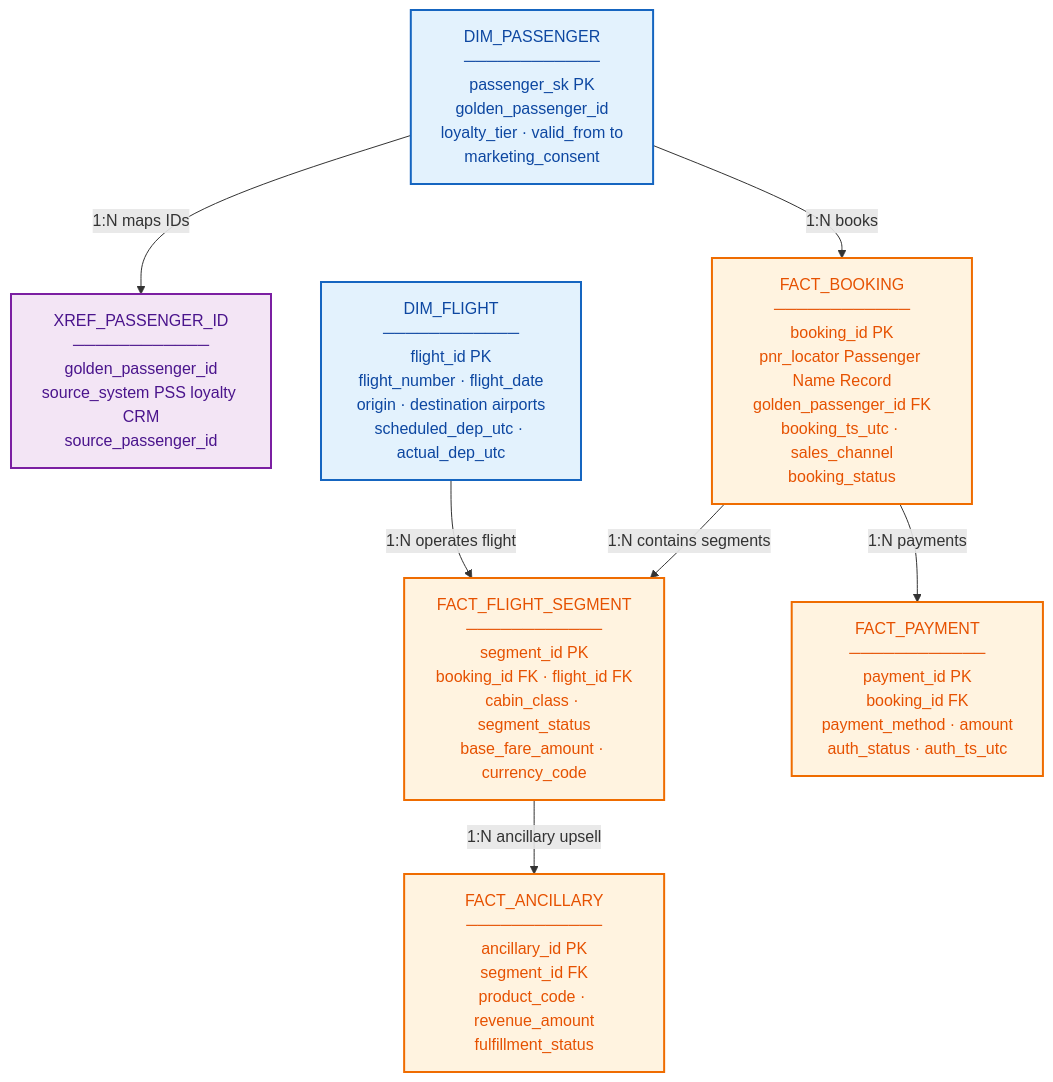
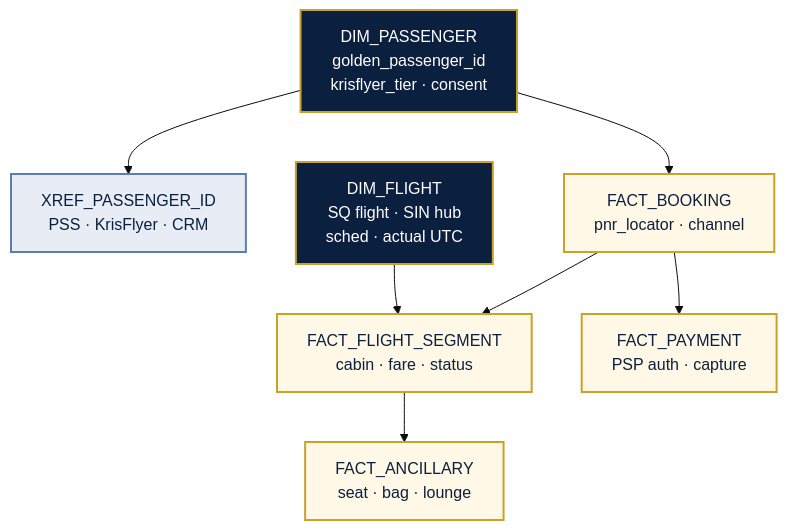
One commit to willtran112358/airline-domain-data-platform changed the fifth of 5 diagrams in README.md. Above: the diagram before and after it, drawn with Mermaid. The commit also changed other lines of this file and 17 other files, not shown here.

````diff
--- a/README.md
+++ b/README.md
@@ -246,22 +233,22 @@
 ```mermaid
+%%{init: {'theme':'base', 'themeVariables': {'fontFamily':'Segoe UI, sans-serif'}}}%%
 flowchart TB
-    classDef dim fill:#e3f2fd,stroke:#1565c0,stroke-width:2px,color:#0d47a1
-    classDef fact fill:#fff3e0,stroke:#ef6c00,stroke-width:2px,color:#e65100
-    classDef xref fill:#f3e5f5,stroke:#7b1fa2,stroke-width:2px,color:#4a148c
+    classDef dim fill:#0B1F3F,stroke:#C9A227,stroke-width:2px,color:#FFFFFF
+    classDef fact fill:#FFF8E7,stroke:#C9A227,stroke-width:2px,color:#0B1F3F
+    classDef xref fill:#E8EDF5,stroke:#5B7DB1,stroke-width:2px,color:#0B1F3F
 
-    DP["DIM_PASSENGER<br/>────────────<br/>passenger_sk PK<br/>golden_passenger_id<br/>loyalty_tier · valid_from to<br/>marketing_consent"]:::dim
-    XR["XREF_PASSENGER_ID<br/>────────────<br/>golden_passenger_id<br/>source_system PSS loyalty CRM<br/>source_passenger_id"]:::xref
-    DF["DIM_FLIGHT<br/>────────────<br/>flight_id PK<br/>flight_number · flight_date<br/>origin · destination airports<br/>scheduled_dep_utc · actual_dep_utc"]:::dim
+    DP["DIM_PASSENGER<br/>golden_passenger_id<br/>krisflyer_tier · consent"]:::dim
+    XR["XREF_PASSENGER_ID<br/>PSS · KrisFlyer · CRM"]:::xref
+    DF["DIM_FLIGHT<br/>SQ flight · SIN hub<br/>sched · actual UTC"]:::dim
+    FB["FACT_BOOKING<br/>pnr_locator · channel"]:::fact
+    FS["FACT_FLIGHT_SEGMENT<br/>cabin · fare · status"]:::fact
+    FA["FACT_ANCILLARY<br/>seat · bag · lounge"]:::fact
+    FP["FACT_PAYMENT<br/>PSP auth · capture"]:::fact
 
-    FB["FACT_BOOKING<br/>────────────<br/>booking_id PK<br/>pnr_locator Passenger Name Record<br/>golden_passenger_id FK<br/>booking_ts_utc · sales_channel<br/>booking_status"]:::fact
-    FS["FACT_FLIGHT_SEGMENT<br/>────────────<br/>segment_id PK<br/>booking_id FK · flight_id FK<br/>cabin_class · segment_status<br/>base_fare_amount · currency_code"]:::fact
-    FA["FACT_ANCILLARY<br/>────────────<br/>ancillary_id PK<br/>segment_id FK<br/>product_code · revenue_amount<br/>fulfillment_status"]:::fact
-    FP["FACT_PAYMENT<br/>────────────<br/>payment_id PK<br/>booking_id FK<br/>payment_method · amount<br/>auth_status · auth_ts_utc"]:::fact
-
-    DP -->|"1:N maps IDs"| XR
-    DP -->|"1:N books"| FB
-    FB -->|"1:N contains segments"| FS
-    DF -->|"1:N operates flight"| FS
-    FS -->|"1:N ancillary upsell"| FA
-    FB -->|"1:N payments"| FP
+    DP --> XR
+    DP --> FB
+    FB --> FS
+    DF --> FS
+    FS --> FA
+    FB --> FP
 ```
````
